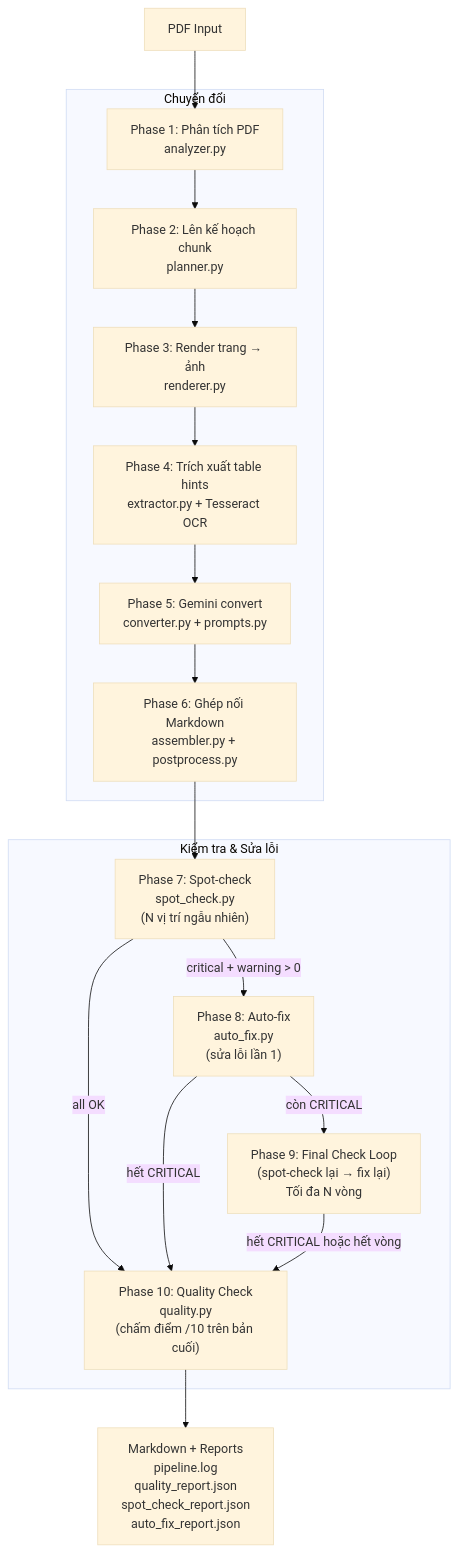
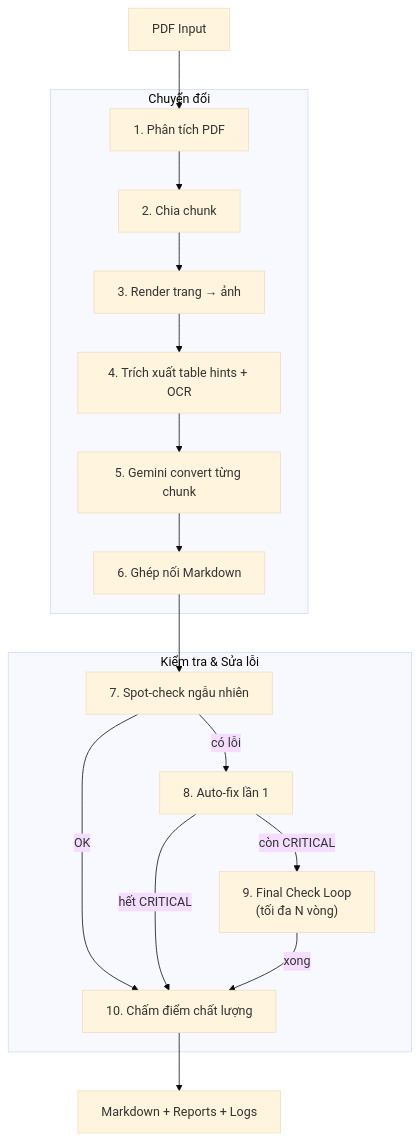
The first of 4 diagrams in README.md (PVN-Organization/PDF-to-MD), drawn with Mermaid (base theme) before and after one commit. The commit also changed other lines of this file and 352 other files, not shown here.

First line of the commit message:
Clean up repo: remove junk files, add README with pipeline flowcharts

````diff
--- a/README.md
+++ b/README.md
@@ -53,30 +53,28 @@
 ```mermaid
 flowchart TD
     PDF[PDF Input] --> P1
 
     subgraph conversion [Chuyển đổi]
-        P1["Phase 1: Phân tích PDF<br/>analyzer.py"] --> P2
-        P2["Phase 2: Lên kế hoạch chunk<br/>planner.py"] --> P3
-        P3["Phase 3: Render trang → ảnh<br/>renderer.py"] --> P4
-        P4["Phase 4: Trích xuất table hints<br/>extractor.py + Tesseract OCR"] --> P5
-        P5["Phase 5: Gemini convert<br/>converter.py + prompts.py"] --> P6
-        P6["Phase 6: Ghép nối Markdown<br/>assembler.py + postprocess.py"]
+        P1["1. Phân tích PDF"] --> P2
+        P2["2. Chia chunk"] --> P3
+        P3["3. Render trang → ảnh"] --> P4
+        P4["4. Trích xuất table hints + OCR"] --> P5
+        P5["5. Gemini convert từng chunk"] --> P6
+        P6["6. Ghép nối Markdown"]
     end
 
     P6 --> P7
 
     subgraph verification [Kiểm tra & Sửa lỗi]
-        P7["Phase 7: Spot-check<br/>spot_check.py<br/>(N vị trí ngẫu nhiên)"]
-        P7 -->|"critical + warning > 0"| P8
-        P7 -->|"all OK"| P10
-        P8["Phase 8: Auto-fix<br/>auto_fix.py<br/>(sửa lỗi lần 1)"]
+        P7["7. Spot-check ngẫu nhiên"]
+        P7 -->|"có lỗi"| P8
+        P7 -->|"OK"| P10
+        P8["8. Auto-fix lần 1"]
         P8 -->|"còn CRITICAL"| P9
         P8 -->|"hết CRITICAL"| P10
-        P9["Phase 9: Final Check Loop<br/>(spot-check lại → fix lại)<br/>Tối đa N vòng"]
-        P9 -->|"hết CRITICAL hoặc hết vòng"| P10
+        P9["9. Final Check Loop<br/>(tối đa N vòng)"]
+        P9 -->|"xong"| P10
     end
 
-    P10["Phase 10: Quality Check<br/>quality.py<br/>(chấm điểm /10 trên bản cuối)"]
-
-    P10 --> Output["Markdown + Reports<br/>pipeline.log<br/>quality_report.json<br/>spot_check_report.json<br/>auto_fix_report.json"]
+    P10["10. Chấm điểm chất lượng"] --> Output["Markdown + Reports + Logs"]
 ```
````
